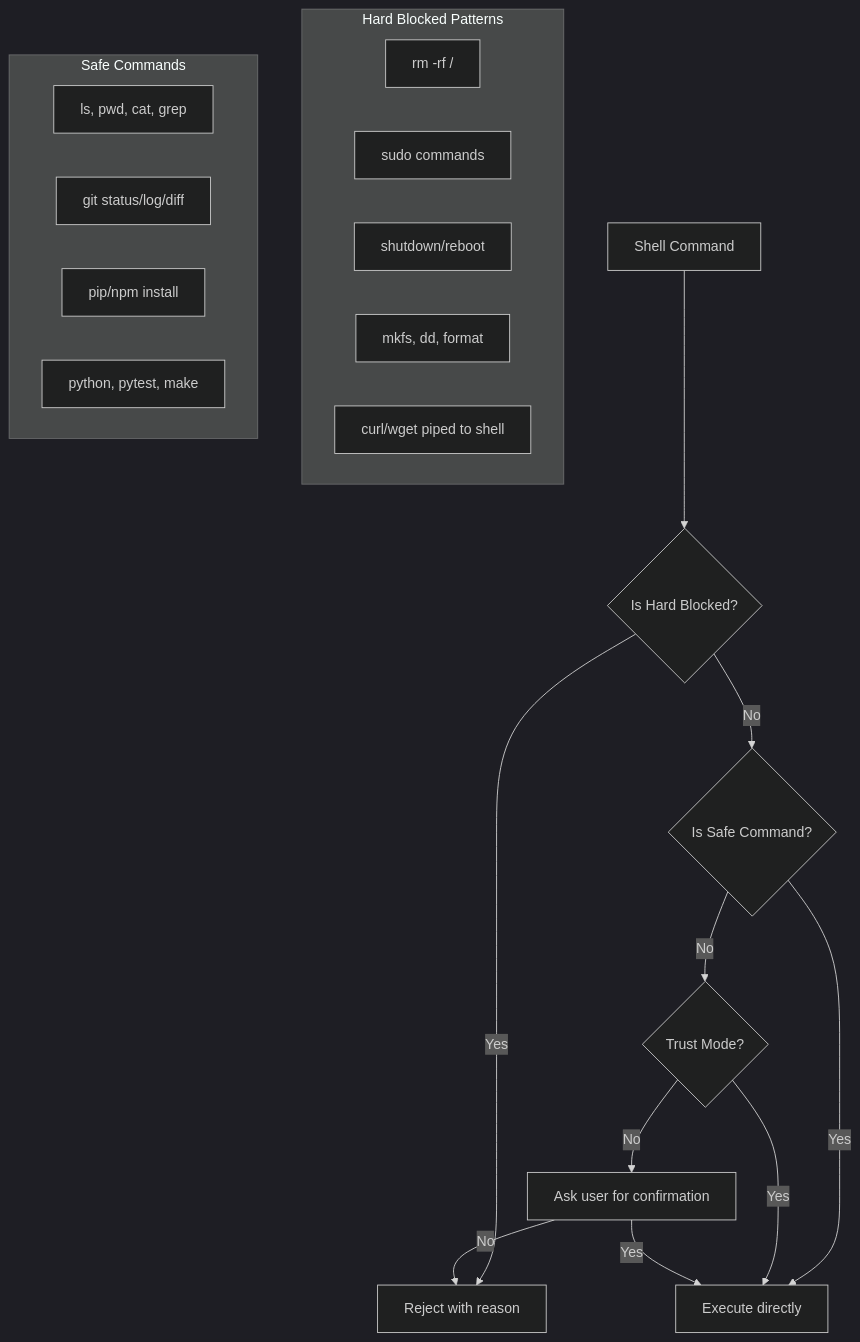
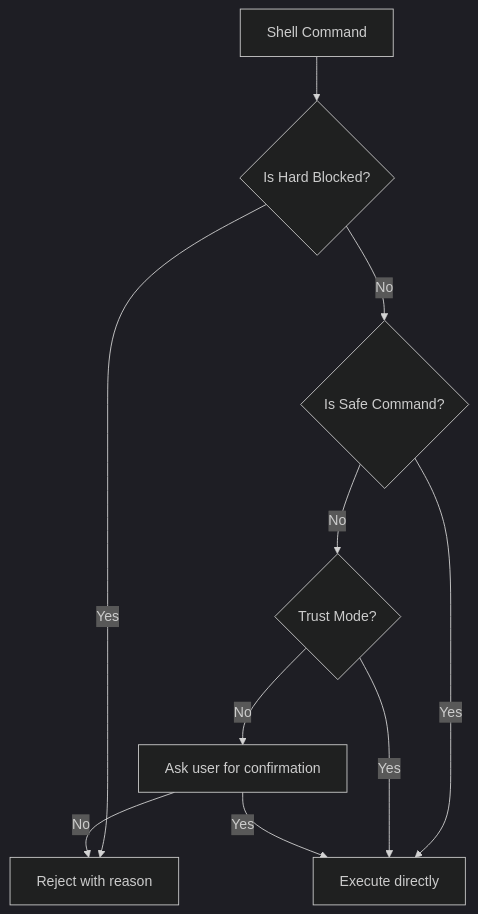
One commit to krsatyam36/xyz changed the sixth of 8 diagrams in README.md. Above: the diagram before and after it, drawn with Mermaid (dark theme). The commit also changed other lines of this file and 44 other files, not shown here.

````diff
--- a/README.md
+++ b/README.md
@@ -410,27 +533,12 @@
 ```mermaid
 flowchart TD
     Input[Shell Command] --> Check{Is Hard Blocked?}
     Check -->|Yes| Block[Reject with reason]
     Check -->|No| Safe{Is Safe Command?}
     Safe -->|Yes| Execute[Execute directly]
     Safe -->|No| Trust{Trust Mode?}
     Trust -->|Yes| Execute
     Trust -->|No| Confirm[Ask user for confirmation]
     Confirm -->|Yes| Execute
     Confirm -->|No| Block
-
-    subgraph "Hard Blocked Patterns"
-        BP1[rm -rf /]
-        BP2[sudo commands]
-        BP3[shutdown/reboot]
-        BP4[mkfs, dd, format]
-        BP5[curl/wget piped to shell]
-    end
-
-    subgraph "Safe Commands"
-        SP1[ls, pwd, cat, grep]
-        SP2[git status/log/diff]
-        SP3[pip/npm install]
-        SP4[python, pytest, make]
-    end
 ```
````
